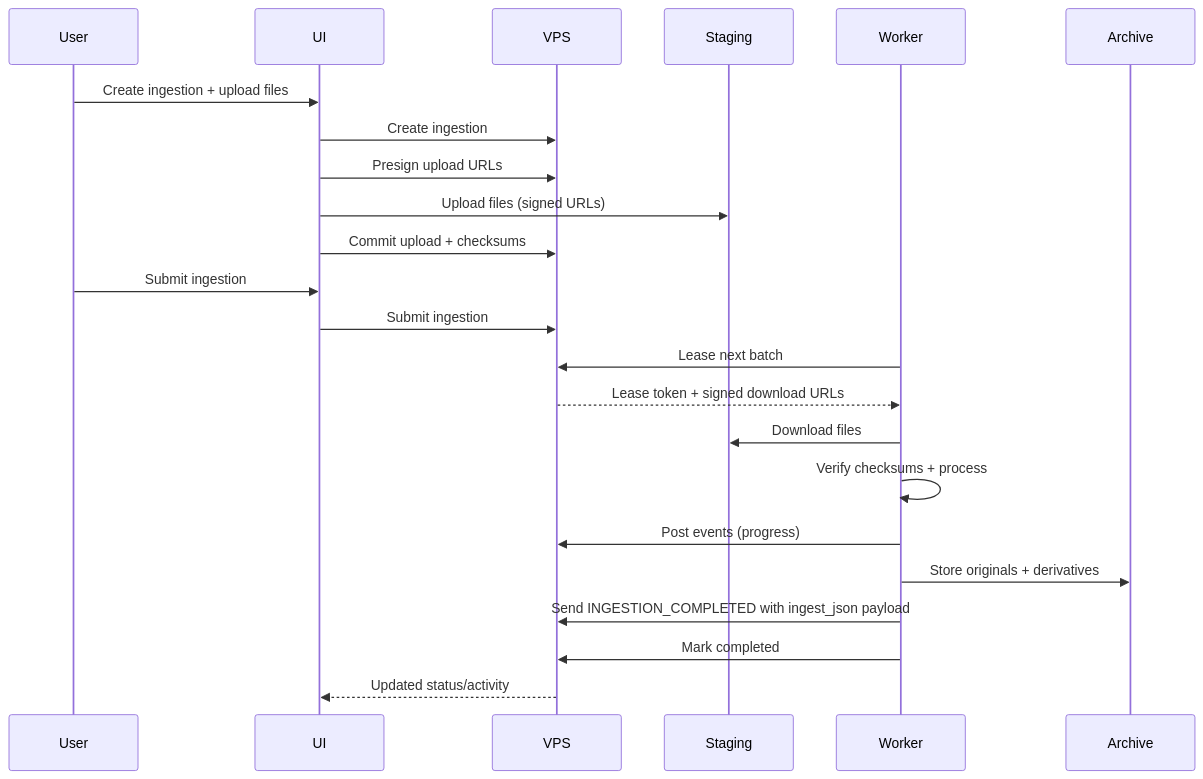
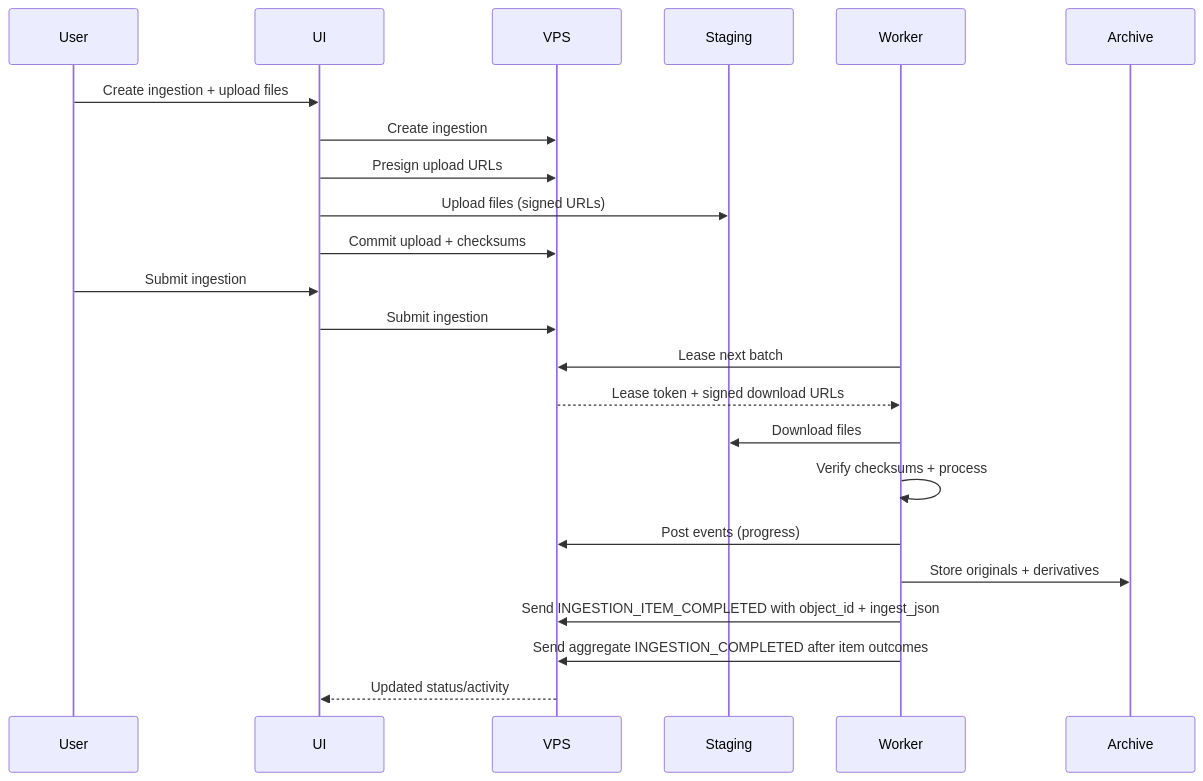
The diagram in docs/architecture.md (ilova-bazis/osimi-backend), drawn with Mermaid before and after one commit. The commit also changed other lines of this file and 59 other files, not shown here.

````diff
--- a/docs/architecture.md
+++ b/docs/architecture.md
@@ -58,27 +64,27 @@
 ```mermaid
 sequenceDiagram
   participant User
   participant UI
   participant VPS
   participant Staging
   participant Worker
   participant Archive
 
   User->>UI: Create ingestion + upload files
   UI->>VPS: Create ingestion
   UI->>VPS: Presign upload URLs
   UI->>Staging: Upload files (signed URLs)
   UI->>VPS: Commit upload + checksums
   User->>UI: Submit ingestion
   UI->>VPS: Submit ingestion
 
   Worker->>VPS: Lease next batch
   VPS-->>Worker: Lease token + signed download URLs
   Worker->>Staging: Download files
   Worker->>Worker: Verify checksums + process
   Worker->>VPS: Post events (progress)
   Worker->>Archive: Store originals + derivatives
-  Worker->>VPS: Send INGESTION_COMPLETED with ingest_json payload
-  Worker->>VPS: Mark completed
+  Worker->>VPS: Send INGESTION_ITEM_COMPLETED with object_id + ingest_json
+  Worker->>VPS: Send aggregate INGESTION_COMPLETED after item outcomes
   VPS-->>UI: Updated status/activity
 ```
````
